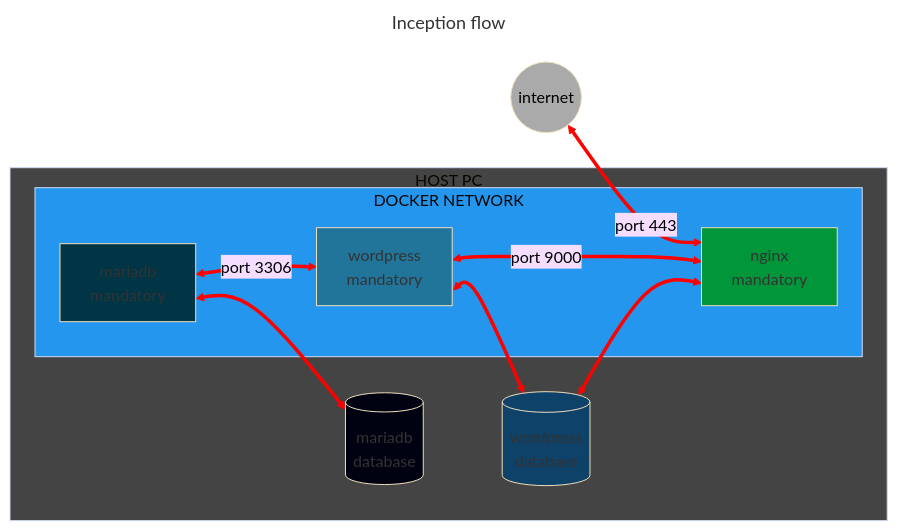
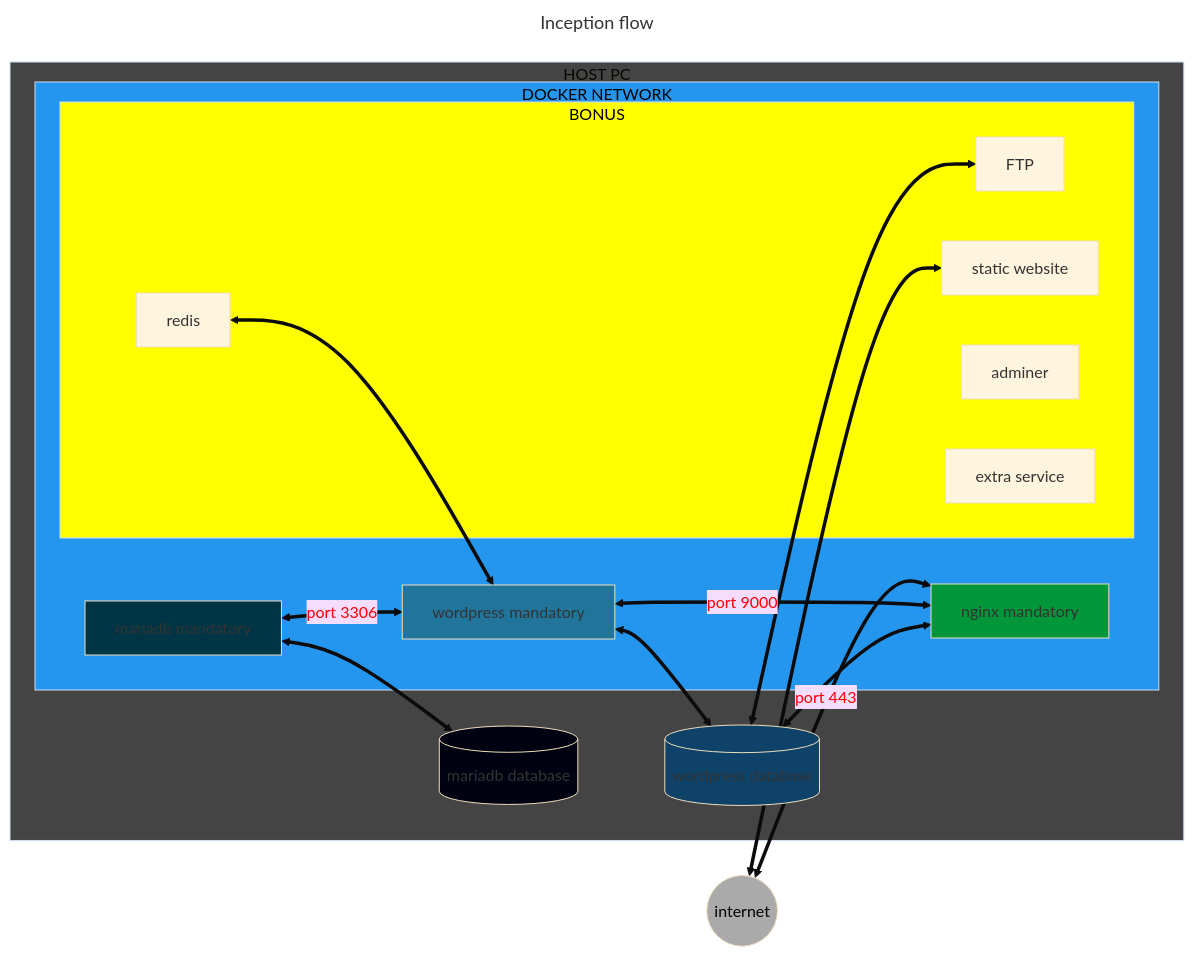
Before and after one commit to andreyvdl/42-Inception: the diagram in README.md, drawn with Mermaid (base theme). The commit also changed 1 other file, not shown here.

Commit message:
M-: finished README.md and removed .env

````diff
--- a/README.md
+++ b/README.md
@@ -13,42 +13,54 @@
 ```mermaid
 ---
 title: Inception flow
 ---
 
-%%{ init: { 'flowchart' : { 'curve': 'natural' } } }%%
+%%{ init: { 'flowchart' : { 'curve': 'basis' } } }%%
+
 flowchart LR
 
 net(("internet"))
-nginxMan["nginx
-  mandatory"]
-wpPHP["wordpress
-  mandatory"]
-wpDB[("wordpress
-  database")]
-outCont["mariadb
-  mandatory"]
-outDB[("mariadb
-  database")]
+nginxMan["nginx mandatory"]
+wpPHP["wordpress mandatory"]
+wpDB[("wordpress database")]
+outCont["mariadb mandatory"]
+outDB[("mariadb database")]
+redis["redis"]
+FTP["FTP"]
+STATIC["static website"]
+ADMINER["adminer"]
+EXTRA["extra service"]
 
 net <==port 443==> nginxMan
-
+net <==> STATIC
 subgraph HP["HOST PC"]
   subgraph DN["DOCKER NETWORK"]
     outCont <==port 3306==> wpPHP
     wpPHP <==port 9000==> nginxMan
+    redis <==> wpPHP
+    subgraph B1["BONUS"]
+      ADMINER
+      redis
+      FTP
+      STATIC
+      EXTRA
+    end
   end
   outCont <==> outDB
   wpPHP <==> wpDB
   wpDB <==> nginxMan
+  wpDB <==> FTP
 end
 
-style DN fill:#2496ED
+
+style DN fill:#2496ED,color:#000
 style HP fill:#444444
 style net fill:#aaaaaa,color:#000
 style nginxMan fill:#009639
 style wpPHP fill:#21759B
 style wpDB fill:#0E4268
 style outCont fill:#003545
 style outDB fill:#000212
-linkStyle 0,1,2,3,4,5 color:#000,stroke:red
+style B1 fill:#FFFF00,color:#000
+linkStyle 0,2,3 color:#F00
 ```
````
